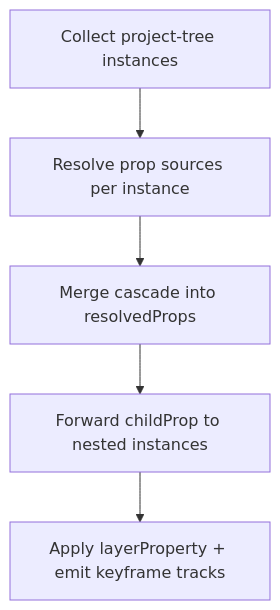
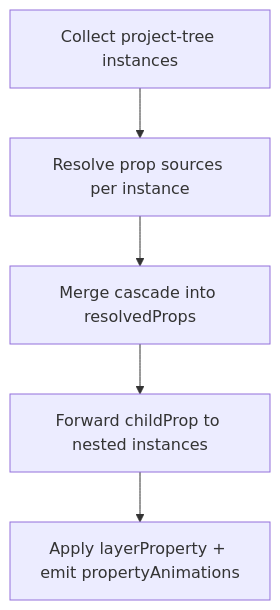
The third of 3 diagrams in docs/guide/v1-component-guide.md (mankhb2k/neonix-native), drawn with Mermaid before and after one commit. The commit also changed other lines of this file and 34 other files, not shown here.

````diff
--- a/docs/guide/v1-component-guide.md
+++ b/docs/guide/v1-component-guide.md
@@ -395,9 +395,9 @@
 ```mermaid
 flowchart TD
   collect[Collect project-tree instances]
   sources[Resolve prop sources per instance]
   merge[Merge cascade into resolvedProps]
   forward[Forward childProp to nested instances]
-  apply[Apply layerProperty + emit keyframe tracks]
+  apply[Apply layerProperty + emit propertyAnimations]
   collect --> sources --> merge --> forward --> apply
 ```
````
